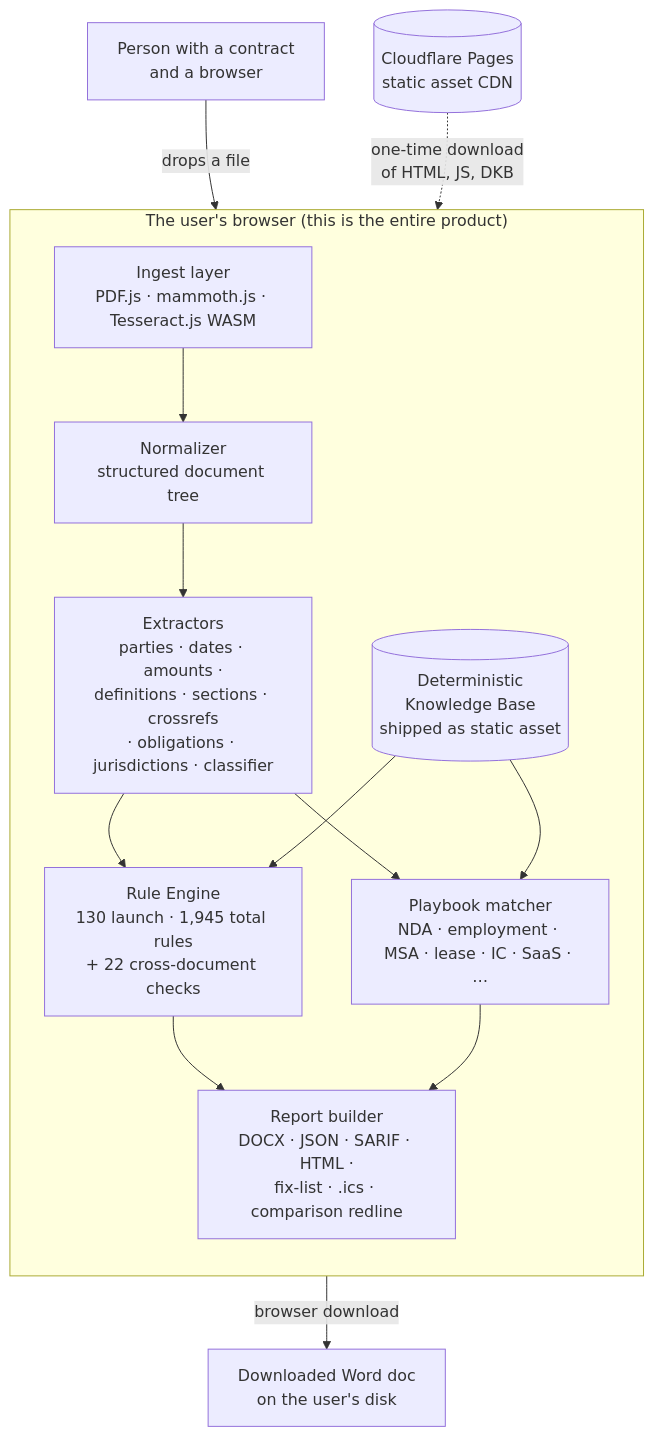
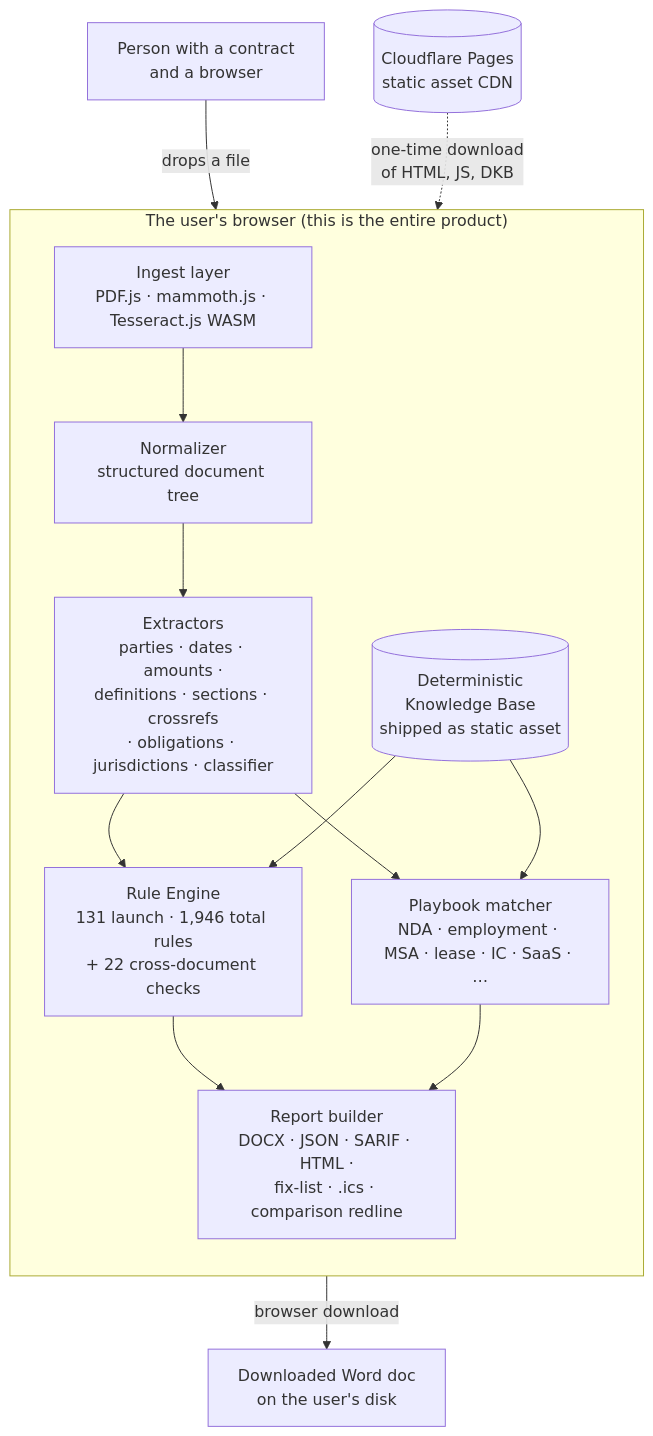
The diagram in docs/architecture.md (clay-good/vaulytica), drawn with Mermaid before and after one commit. The commit also changed other lines of this file and 386 other files, not shown here.

````diff
--- a/docs/architecture.md
+++ b/docs/architecture.md
@@ -5,28 +5,28 @@
 ```mermaid
 flowchart TB
     user[Person with a contract<br/>and a browser]
 
     subgraph browser["The user's browser (this is the entire product)"]
         direction TB
         ingest[Ingest layer<br/>PDF.js · mammoth.js · Tesseract.js WASM]
         normalize[Normalizer<br/>structured document tree]
         extract[Extractors<br/>parties · dates · amounts ·<br/>definitions · sections · crossrefs<br/>· obligations · jurisdictions · classifier]
-        engine[Rule Engine<br/>130 launch · 1,945 total rules<br/>+ 22 cross-document checks]
+        engine[Rule Engine<br/>131 launch · 1,946 total rules<br/>+ 22 cross-document checks]
         playbook[Playbook matcher<br/>NDA · employment · MSA · lease · IC · SaaS · …]
         dkb[(Deterministic<br/>Knowledge Base<br/>shipped as static asset)]
         report[Report builder<br/>DOCX · JSON · SARIF · HTML ·<br/>fix-list · .ics · comparison redline]
     end
 
     cdn[(Cloudflare Pages<br/>static asset CDN)]
     download[Downloaded Word doc<br/>on the user's disk]
 
     user -- "drops a file" --> ingest
     cdn -. "one-time download<br/>of HTML, JS, DKB" .-> browser
     ingest --> normalize --> extract --> engine
     extract --> playbook
     dkb --> engine
     dkb --> playbook
     engine --> report
     playbook --> report
     report -- "browser download" --> download
 ```
````
